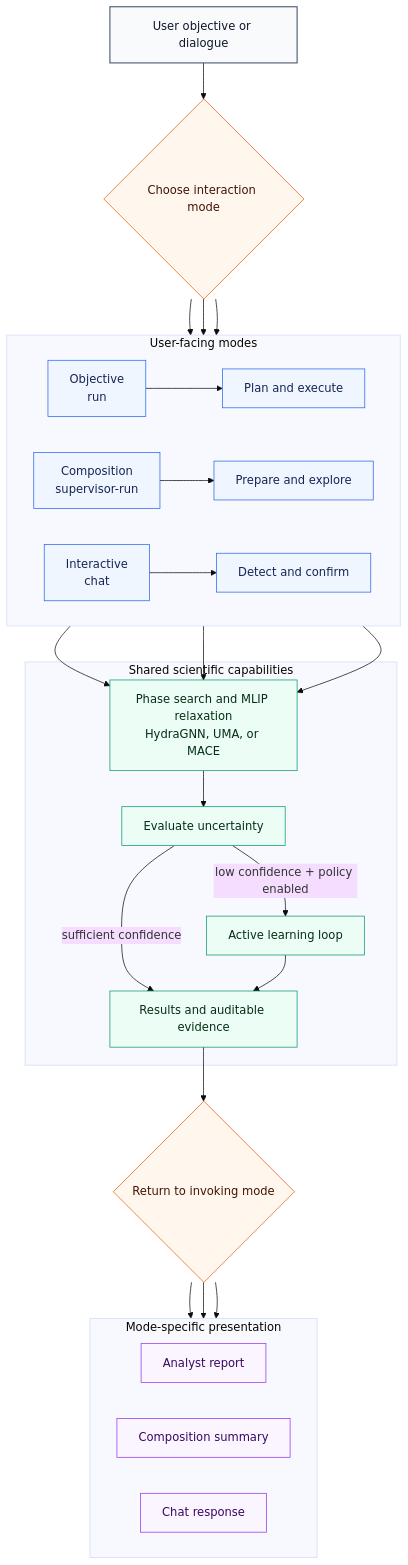
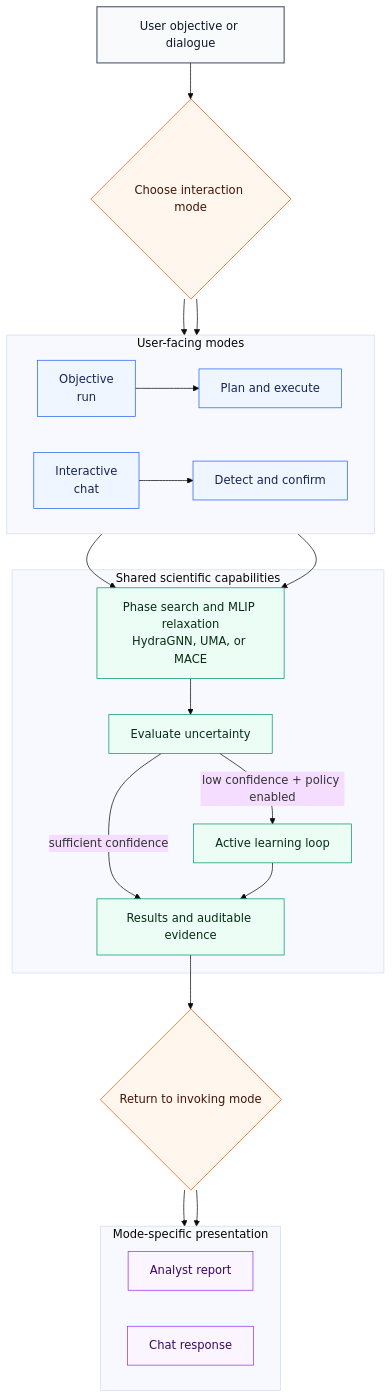
The diagram in docs/guide/architecture.md (ORNL/matsim-agents), drawn with Mermaid (base theme) before and after one commit. The commit also changed other lines of this file and 705 other files, not shown here.

````diff
--- a/docs/guide/architecture.md
+++ b/docs/guide/architecture.md
@@ -44,55 +41,50 @@
 ```mermaid
 flowchart TD
     U[User objective or dialogue] --> G{Choose interaction mode}
 
     subgraph MODES[User-facing modes]
       direction LR
       O[Objective<br/>run] --> OP[Plan and execute]
-      P[Composition<br/>supervisor-run] --> PP[Prepare and explore]
       I[Interactive<br/>chat] --> IP[Detect and confirm]
     end
 
     G --> O
-    G --> P
     G --> I
 
     OP --> X
-    PP --> X
     IP --> X
 
     subgraph SCIENCE[Shared scientific capabilities]
       X[Phase search and MLIP relaxation<br/>HydraGNN, UMA, or MACE]
       Q[Evaluate uncertainty]
       AL[Active learning loop]
       E[Results and auditable evidence]
 
       X --> Q
       Q -->|low confidence + policy enabled| AL
       Q -->|sufficient confidence| E
       AL --> E
     end
 
     E --> R{Return to invoking mode}
 
     subgraph OUTPUTS[Mode-specific presentation]
       direction LR
       OA[Analyst report]
-      PS[Composition summary]
       IR[Chat response]
     end
 
     R --> OA
-    R --> PS
     R --> IR
 
     classDef entry fill:#f8fafc,stroke:#475569,color:#0f172a,stroke-width:1.5px
     classDef mode fill:#eff6ff,stroke:#2563eb,color:#172554
     classDef science fill:#ecfdf5,stroke:#059669,color:#052e16
     classDef decision fill:#fff7ed,stroke:#ea580c,color:#431407
     classDef output fill:#faf5ff,stroke:#9333ea,color:#3b0764
     class U entry
     class G,R decision
-    class O,OP,P,PP,I,IP mode
+    class O,OP,I,IP mode
     class X,Q,AL,E science
-    class OA,PS,IR output
+    class OA,IR output
 ```
````
